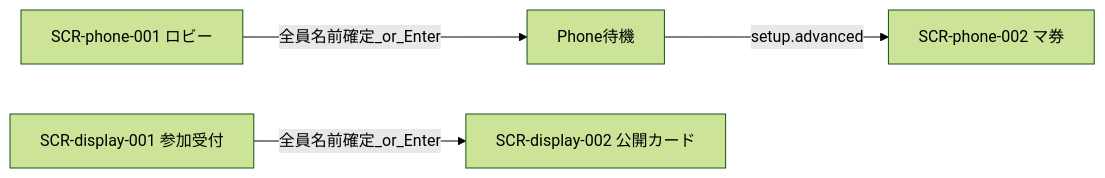
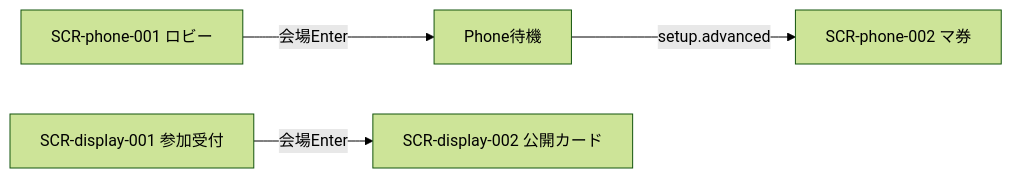
Before and after one commit to nittohbs-dev/HotStreak: the diagram in docs/design/hotstreak/features/lobby/screens.md, drawn with Mermaid (forest theme). The commit also changed other lines of this file and 9 other files, not shown here.

````diff
--- a/docs/design/hotstreak/features/lobby/screens.md
+++ b/docs/design/hotstreak/features/lobby/screens.md
@@ -22,6 +22,6 @@
 ```mermaid
 flowchart LR
-  SCR_phone_001[SCR-phone-001 ロビー] -->|全員名前確定_or_Enter| PhoneWait[Phone待機]
+  SCR_phone_001[SCR-phone-001 ロビー] -->|会場Enter| PhoneWait[Phone待機]
   PhoneWait -->|setup.advanced| SCR_phone_002[SCR-phone-002 マ券]
-  SCR_display_001[SCR-display-001 参加受付] -->|全員名前確定_or_Enter| SCR_display_002[SCR-display-002 公開カード]
+  SCR_display_001[SCR-display-001 参加受付] -->|会場Enter| SCR_display_002[SCR-display-002 公開カード]
 ```
````
